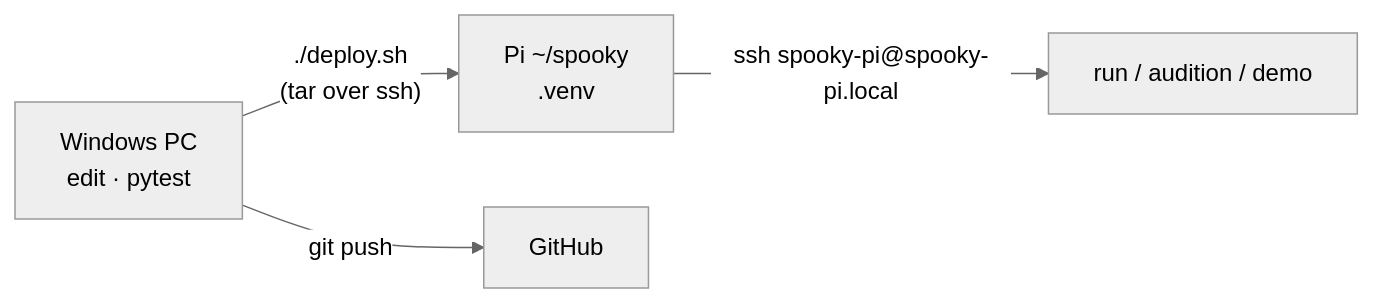
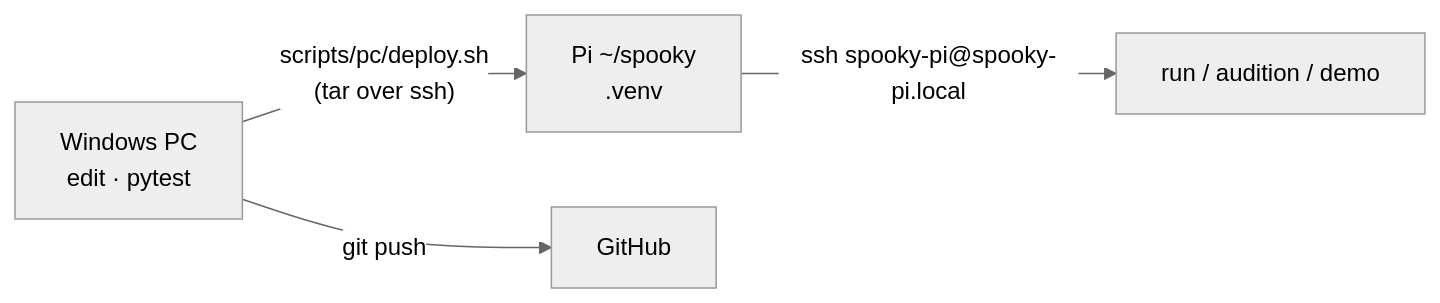
The diagram in docs/diagrams/dev.mmd (mxmrsn/spooky-pi), drawn with Mermaid (neutral theme) before and after one commit. The commit also changed 103 other files, not shown here.

```diff
--- a/docs/diagrams/dev.mmd
+++ b/docs/diagrams/dev.mmd
@@ -1,4 +1,4 @@
 flowchart LR
-    PC["Windows PC<br/>edit · pytest"] -- "./deploy.sh<br/>(tar over ssh)" --> PI["Pi ~/spooky<br/>.venv"]
+    PC["Windows PC<br/>edit · pytest"] -- "scripts/pc/deploy.sh<br/>(tar over ssh)" --> PI["Pi ~/spooky<br/>.venv"]
     PC -- "git push" --> GH["GitHub"]
     PI -- "ssh spooky-pi@spooky-pi.local" --> RUN["run / audition / demo"]
```
